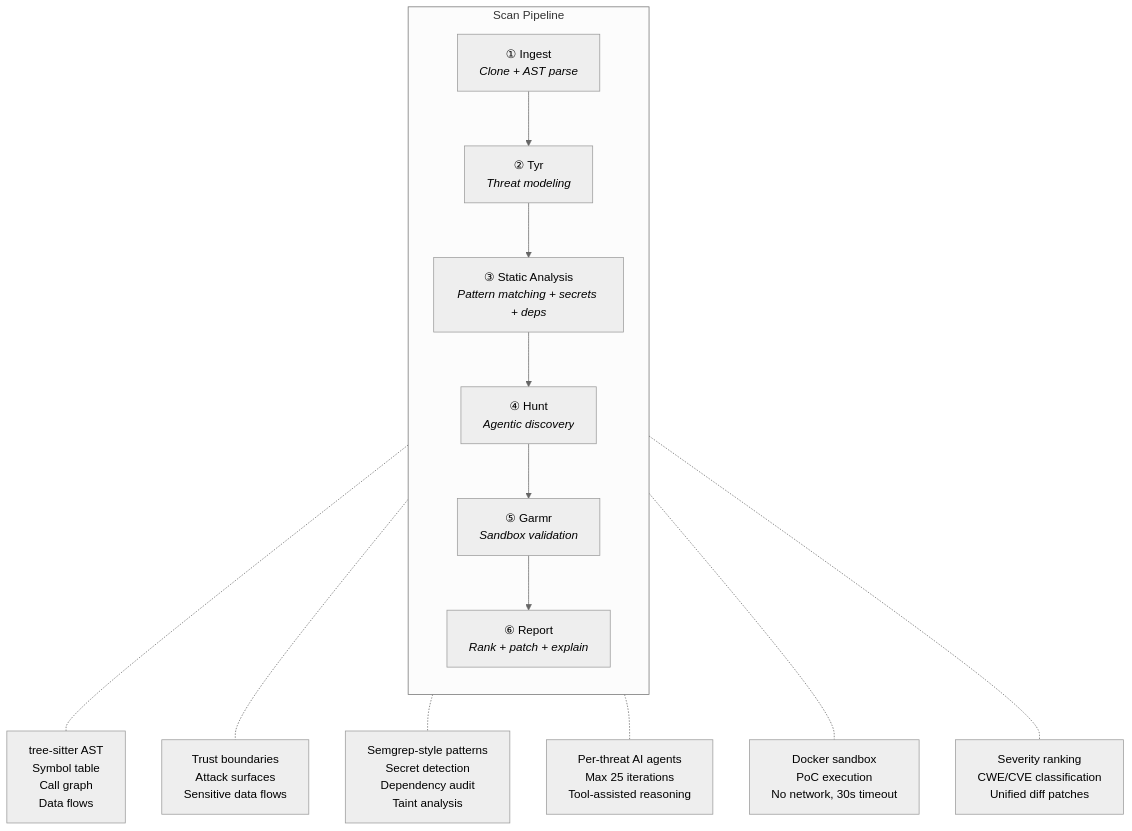
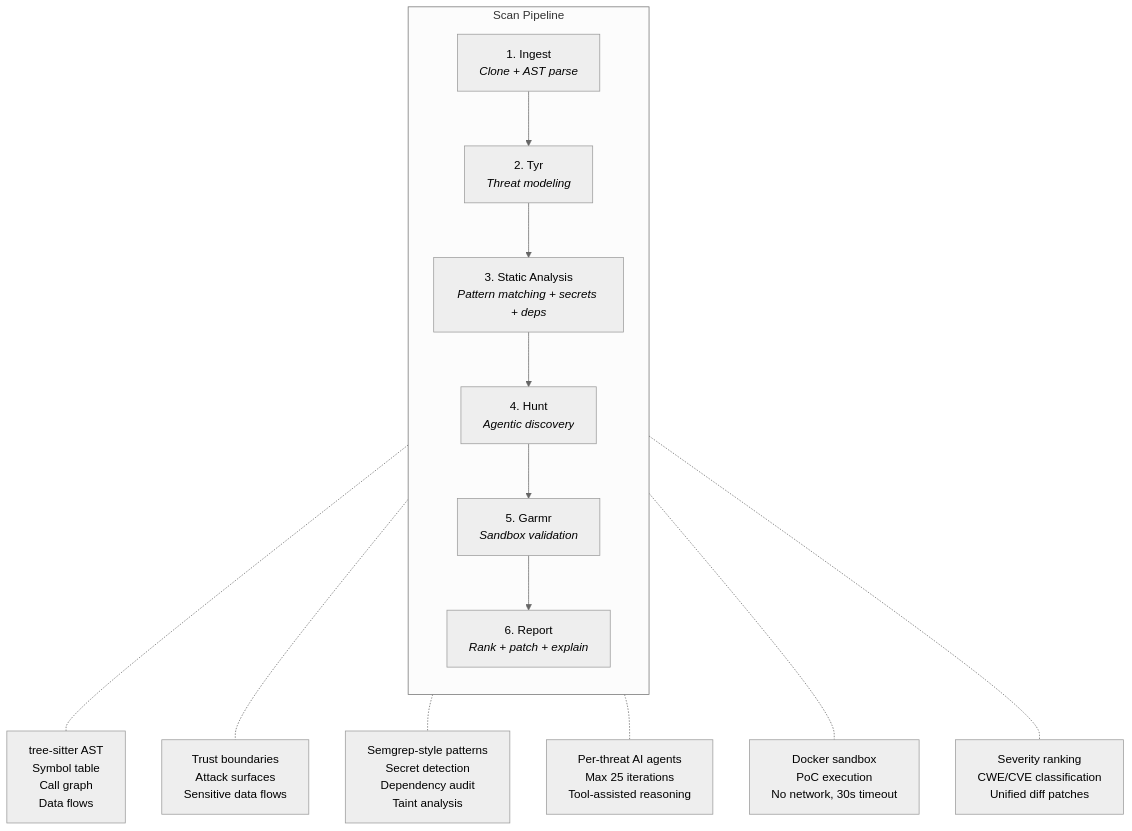
Before and after one commit to iamngoni/heimdall: the second of 6 diagrams in README.md, drawn with Mermaid (neutral theme). The commit also changed other lines of this file and 90 other files, not shown here.

````diff
--- a/README.md
+++ b/README.md
@@ -24,21 +292,21 @@
 ```mermaid
 flowchart TD
     subgraph Pipeline["Scan Pipeline"]
         direction TB
-        I["① Ingest\n<i>Clone + AST parse</i>"]
-        T["② Tyr\n<i>Threat modeling</i>"]
-        S["③ Static Analysis\n<i>Pattern matching + secrets + deps</i>"]
-        H["④ Hunt\n<i>Agentic discovery</i>"]
-        G["⑤ Garmr\n<i>Sandbox validation</i>"]
-        R["⑥ Report\n<i>Rank + patch + explain</i>"]
+        I["1. Ingest\n<i>Clone + AST parse</i>"]
+        T["2. Tyr\n<i>Threat modeling</i>"]
+        S["3. Static Analysis\n<i>Pattern matching + secrets + deps</i>"]
+        H["4. Hunt\n<i>Agentic discovery</i>"]
+        G["5. Garmr\n<i>Sandbox validation</i>"]
+        R["6. Report\n<i>Rank + patch + explain</i>"]
     end
 
     I --> T --> S --> H --> G --> R
 
     I -.- i1["tree-sitter AST\nSymbol table\nCall graph\nData flows"]
     T -.- t1["Trust boundaries\nAttack surfaces\nSensitive data flows"]
     S -.- s1["Semgrep-style patterns\nSecret detection\nDependency audit\nTaint analysis"]
     H -.- h1["Per-threat AI agents\nMax 25 iterations\nTool-assisted reasoning"]
     G -.- g1["Docker sandbox\nPoC execution\nNo network, 30s timeout"]
     R -.- r1["Severity ranking\nCWE/CVE classification\nUnified diff patches"]
 ```
````
